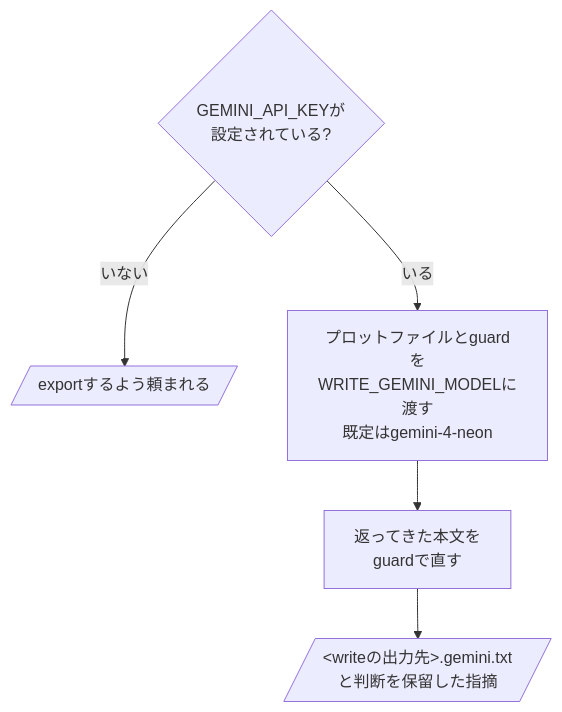
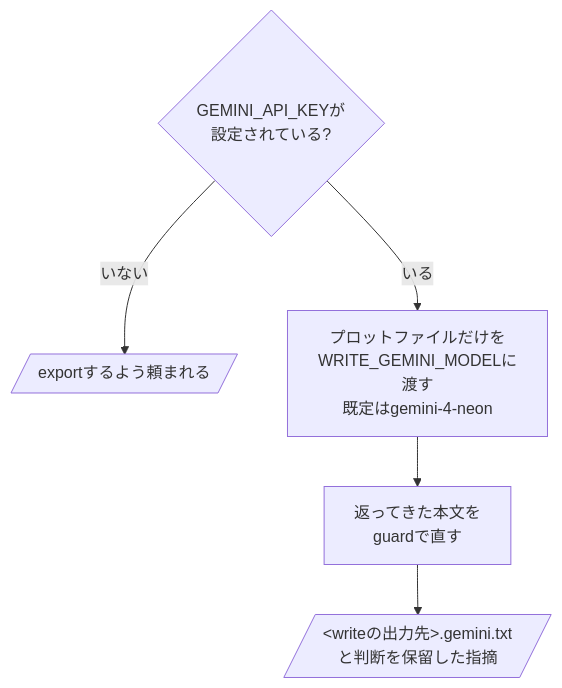
The diagram in domains/story/experimental/skills/write-gemini/README.ja.md (omni-stove/skill-kit), drawn with Mermaid before and after one commit. The commit also changed 3 other files, not shown here.

First line of the commit message:
Have write-gemini send Gemini the plot alone: write.sh drops the guards and author-rules.md from the request and prints them for the caller to fix the reply by, and the READMEs show the plot file alone going to the model

````diff
--- a/domains/story/experimental/skills/write-gemini/README.ja.md
+++ b/domains/story/experimental/skills/write-gemini/README.ja.md
@@ -3,8 +3,8 @@
 ```mermaid
 flowchart TD
   key{GEMINI_API_KEYが<br/>設定されている?}
   key -- "いない" --> ask[/"exportするよう頼まれる"/]
-  key -- "いる" --> send[プロットファイルとguardを<br/>WRITE_GEMINI_MODELに渡す<br/>既定はgemini-4-neon]
+  key -- "いる" --> send[プロットファイルだけを<br/>WRITE_GEMINI_MODELに渡す<br/>既定はgemini-4-neon]
   send --> fix[返ってきた本文を<br/>guardで直す]
   fix --> out[/"&lt;writeの出力先&gt;.gemini.txt<br/>と判断を保留した指摘"/]
 ```
````
